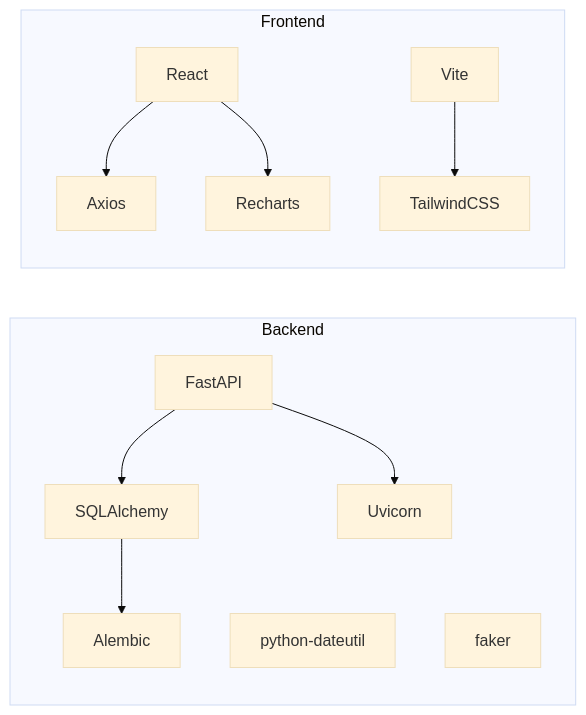
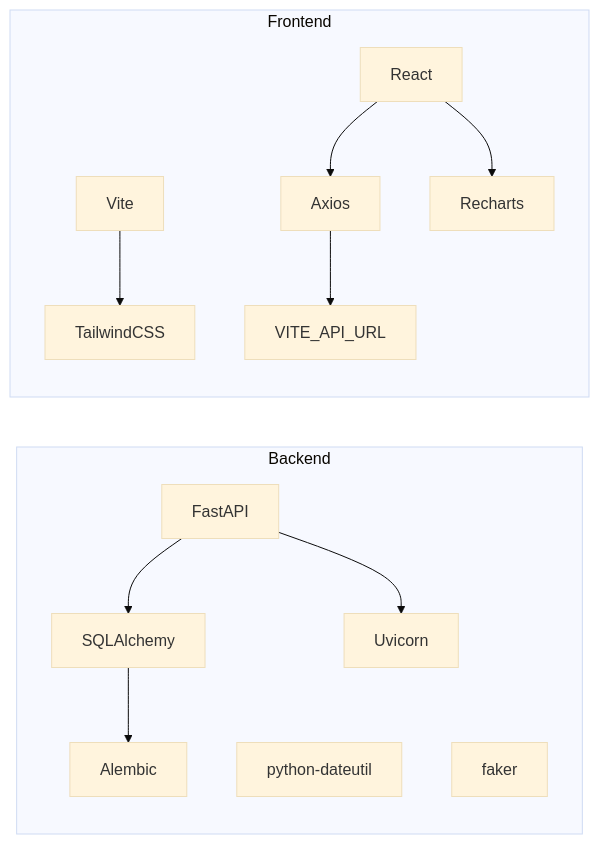
One commit to kasliwalsarthak7972/smart-healthcare-dashboard changed the seventh of 8 diagrams in .qoder/repowiki/en/content/Deployment & Production.md. Above: the diagram before and after it, drawn with Mermaid (base theme). The commit also changed other lines of this file and 9 other files, not shown here.

````diff
--- a/.qoder/repowiki/en/content/Deployment & Production.md
+++ b/.qoder/repowiki/en/content/Deployment & Production.md
@@ -228,24 +293,26 @@
 ```mermaid
 graph LR
 subgraph "Backend"
 A["FastAPI"]
 U["Uvicorn"]
 S["SQLAlchemy"]
 AL["Alembic"]
 D1["python-dateutil"]
 F["faker"]
 end
 subgraph "Frontend"
 R["React"]
 V["Vite"]
 T["TailwindCSS"]
 RC["Recharts"]
 AX["Axios"]
+ENV["VITE_API_URL"]
 end
 A --> S
 A --> U
 S --> AL
 R --> AX
 V --> T
 R --> RC
+AX --> ENV
 ```
````
